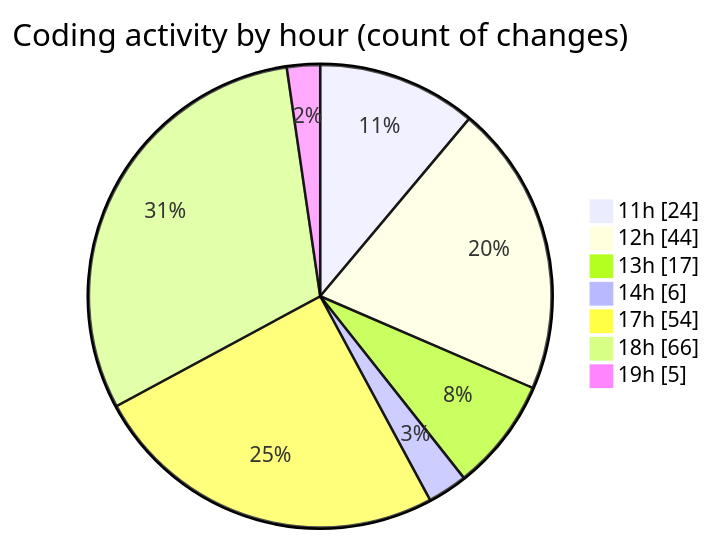
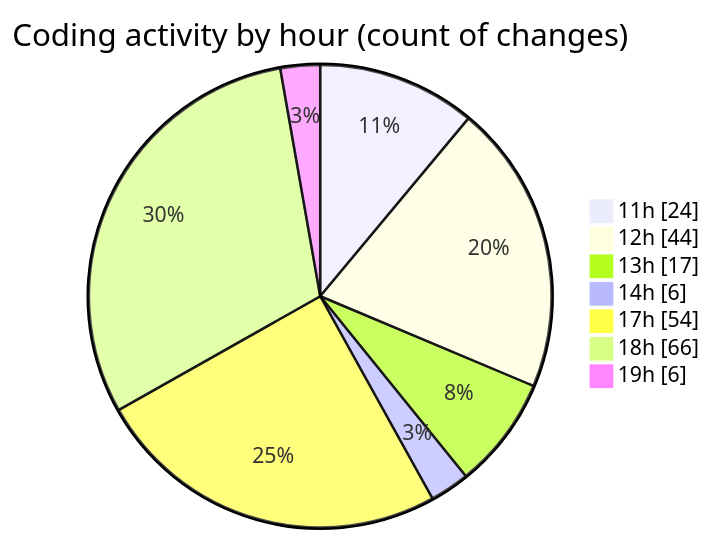
One commit to nxtqubesakshisongat/code-tracking changed the second of 2 diagrams in 2025-05-10/argos-dev/README.md. Above: the diagram before and after it, drawn with Mermaid. The commit also changed other lines of this file and 1 other file, not shown here.

````diff
--- a/2025-05-10/argos-dev/README.md
+++ b/2025-05-10/argos-dev/README.md
@@ -41,11 +41,11 @@
 ```mermaid
 pie showData
 title Coding activity by hour (count of changes)
 "11h" : 24
 "12h" : 44
 "13h" : 17
 "14h" : 6
 "17h" : 54
 "18h" : 66
-"19h" : 5
+"19h" : 6
 ```
````
